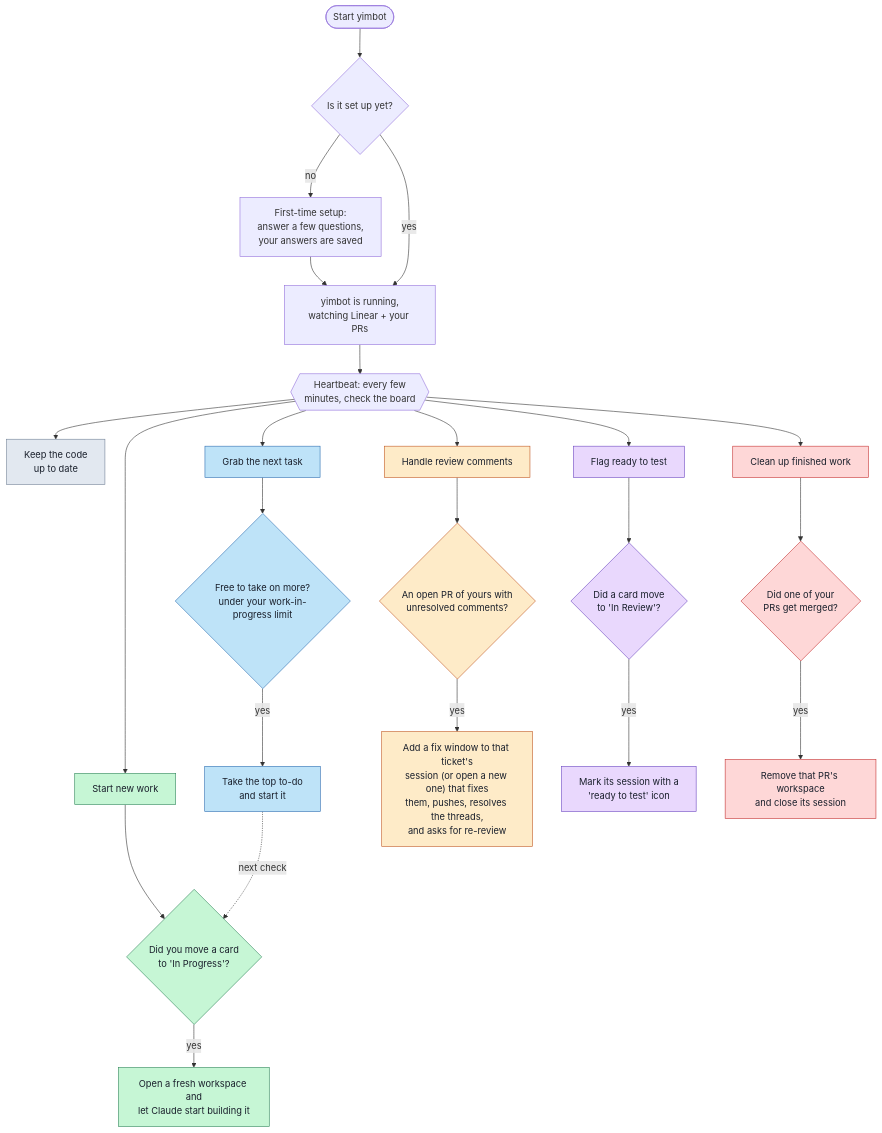
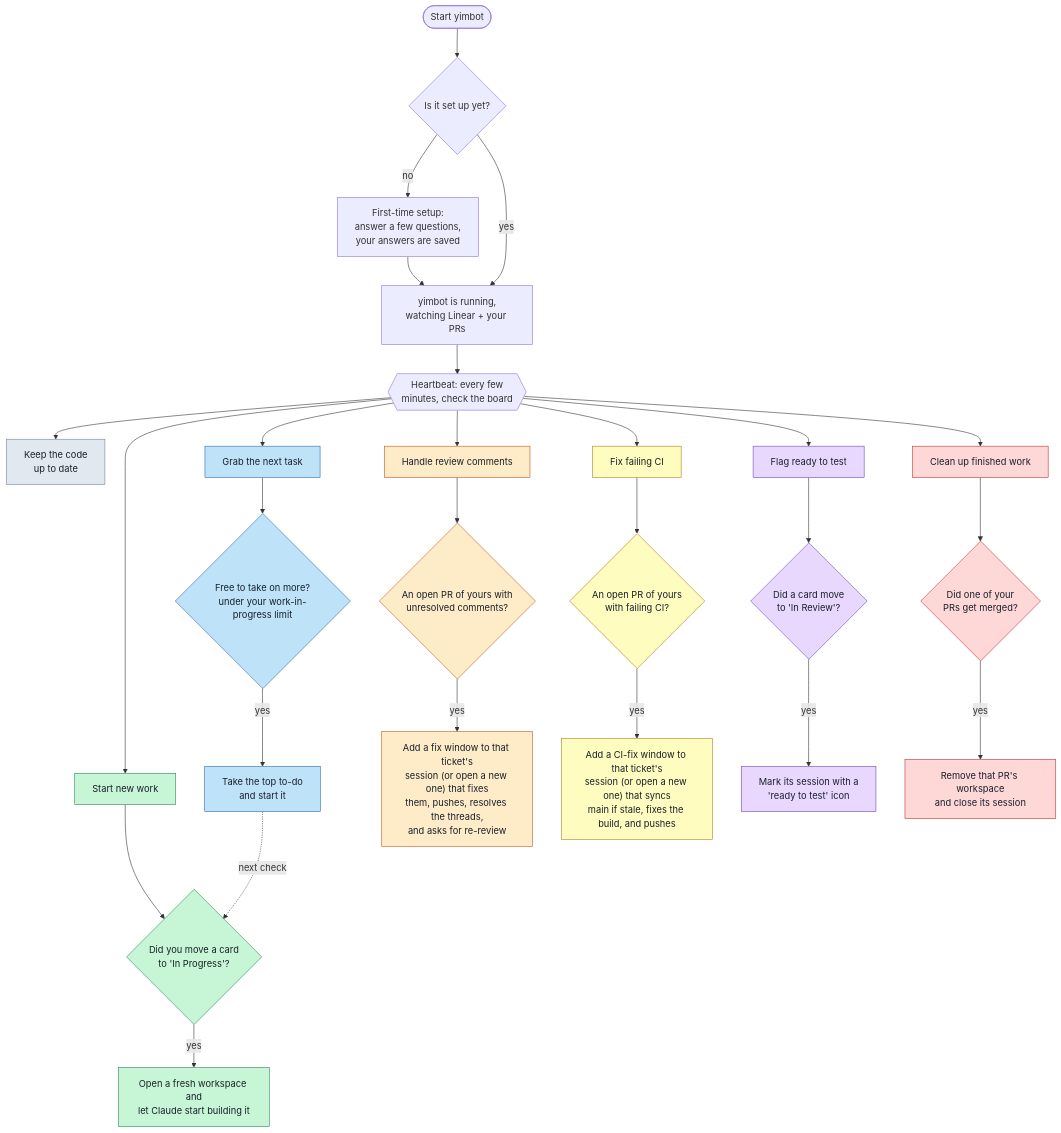
One commit to YiminArava4508/yimbot changed the diagram in README.md. Above: the diagram before and after it, drawn with Mermaid. The commit also changed other lines of this file and 13 other files, not shown here.

First line of the commit message:
Fix failing CI on open PRs in the review step

````diff
--- a/README.md
+++ b/README.md
@@ -24,45 +24,51 @@
 ```mermaid
 flowchart TD
     A(["Start yimbot"]) --> B{"Is it set up yet?"}
     B -- no --> W["First-time setup:<br/>answer a few questions,<br/>your answers are saved"]
     W --> C["yimbot is running,<br/>watching Linear + your PRs"]
     B -- yes --> C
 
     C --> P{{"Heartbeat: every few<br/>minutes, check the board"}}
 
     P --> S["Keep the code<br/>up to date"]
 
     P --> G1["Start new work"]
     G1 --> T1{"Did you move a card<br/>to 'In Progress'?"}
     T1 -- yes --> L["Open a fresh workspace and<br/>let Claude start building it"]
 
     P --> G2["Grab the next task"]
     G2 --> PK{"Free to take on more?<br/>under your work-in-progress limit"}
     PK -- yes --> M["Take the top to-do<br/>and start it"]
     M -.->|next check| T1
 
     P --> G3["Handle review comments"]
     G3 --> T2{"An open PR of yours with<br/>unresolved comments?"}
     T2 -- yes --> R["Add a fix window to that ticket's<br/>session (or open a new one) that fixes<br/>them, pushes, resolves the threads,<br/>and asks for re-review"]
 
+    P --> G6["Fix failing CI"]
+    G6 --> T5{"An open PR of yours<br/>with failing CI?"}
+    T5 -- yes --> CI["Add a CI-fix window to that ticket's<br/>session (or open a new one) that syncs<br/>main if stale, fixes the build, and pushes"]
+
     P --> G4["Flag ready to test"]
     G4 --> T3{"Did a card move<br/>to 'In Review'?"}
     T3 -- yes --> F["Mark its session with a<br/>'ready to test' icon"]
 
     P --> G5["Clean up finished work"]
     G5 --> T4{"Did one of your<br/>PRs get merged?"}
     T4 -- yes --> CU["Remove that PR's workspace<br/>and close its session"]
 
     classDef deploy fill:#c6f6d5,stroke:#2f855a,color:#1a202c;
     classDef claim fill:#bee3f8,stroke:#2b6cb0,color:#1a202c;
     classDef review fill:#feebc8,stroke:#c05621,color:#1a202c;
     classDef ready fill:#e9d8fd,stroke:#6b46c1,color:#1a202c;
     classDef cleanup fill:#fed7d7,stroke:#c53030,color:#1a202c;
+    classDef ci fill:#fefcbf,stroke:#b7791f,color:#1a202c;
     classDef sync fill:#e2e8f0,stroke:#718096,color:#1a202c;
     class G1,T1,L deploy;
     class G2,PK,M claim;
     class G3,T2,R review;
+    class G6,T5,CI ci;
     class G4,T3,F ready;
     class G5,T4,CU cleanup;
     class S sync;
 ```
````
